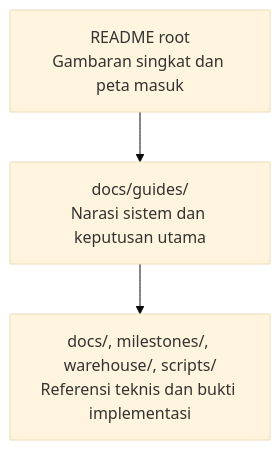
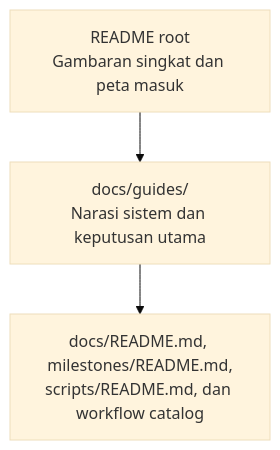
The diagram in docs/guides/README.md (Ardiyanto24/nirwana-database), drawn with Mermaid (base theme) before and after one commit. The commit also changed other lines of this file and 5 other files, not shown here.

````diff
--- a/docs/guides/README.md
+++ b/docs/guides/README.md
@@ -19,5 +20,5 @@
 ```mermaid
 flowchart TD
     L1["README root<br/>Gambaran singkat dan peta masuk"] --> L2["docs/guides/<br/>Narasi sistem dan keputusan utama"]
-    L2 --> L3["docs/, milestones/, warehouse/, scripts/<br/>Referensi teknis dan bukti implementasi"]
+    L2 --> L3["docs/README.md, milestones/README.md,<br/>scripts/README.md, dan workflow catalog"]
 ```
````
